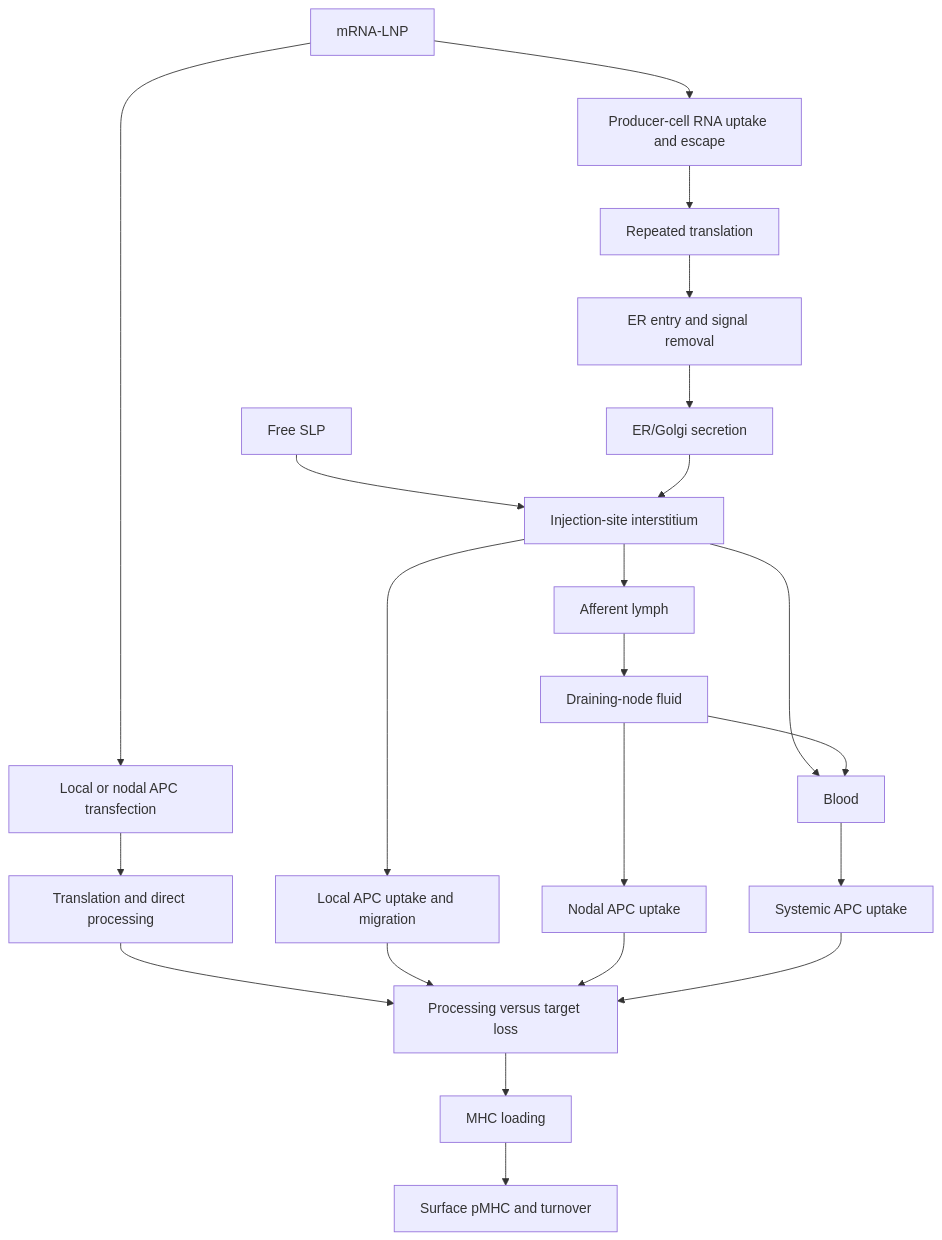
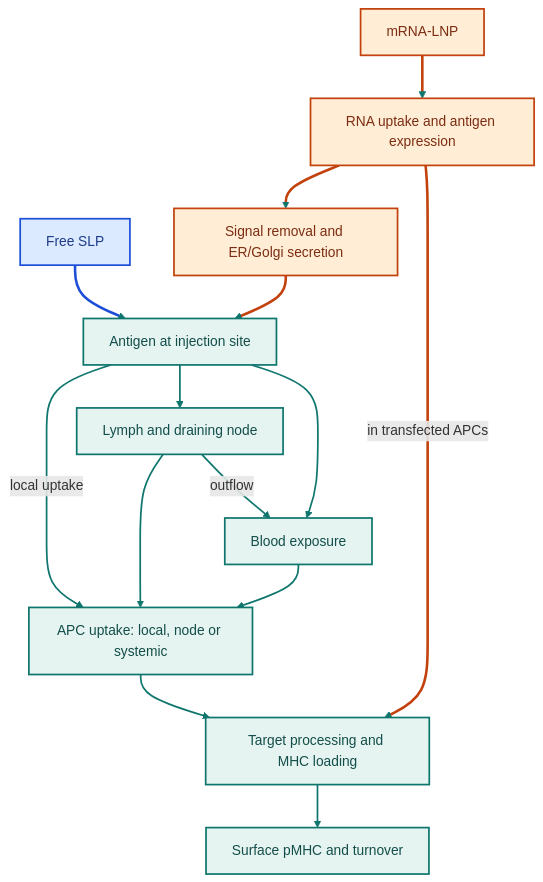
The diagram in docs/vaccine-trajectory.md (openvax/mhctools), drawn with Mermaid before and after one commit. The commit also changed other lines of this file and 1 other file, not shown here.

Commit message:
Simplify vaccine route diagram and explain kinetic model units

````diff
--- a/docs/vaccine-trajectory.md
+++ b/docs/vaccine-trajectory.md
@@ -12,24 +16,26 @@
 ```mermaid
 flowchart TD
-  SLP[Free SLP] --> IS[Injection-site interstitium]
-  RNA[mRNA-LNP] --> PROD[Producer-cell RNA uptake and escape]
-  PROD --> PROT[Repeated translation]
-  PROT --> ER[ER entry and signal removal]
-  ER --> SEC[ER/Golgi secretion]
-  SEC --> IS
-  RNA --> APC[Local or nodal APC transfection]
-  APC --> DIRECT[Translation and direct processing]
-  IS --> LYMPH[Afferent lymph]
-  LYMPH --> LN[Draining-node fluid]
-  IS --> BLOOD[Blood]
-  LN --> BLOOD
-  IS --> LOCAL[Local APC uptake and migration]
-  LN --> NODAL[Nodal APC uptake]
-  BLOOD --> SYSTEMIC[Systemic APC uptake]
-  DIRECT --> PROCESS[Processing versus target loss]
-  LOCAL --> PROCESS
-  NODAL --> PROCESS
-  SYSTEMIC --> PROCESS
-  PROCESS --> LOAD[MHC loading]
-  LOAD --> SURFACE[Surface pMHC and turnover]
+  SLP[Free SLP] --> SITE[Antigen at injection site]
+  RNA[mRNA-LNP] --> EXP[RNA uptake and antigen expression]
+  EXP --> SEC[Signal removal and ER/Golgi secretion]
+  SEC --> SITE
+  EXP -->|in transfected APCs| PROCESS[Target processing and MHC loading]
+  SITE -->|local uptake| APC[APC uptake: local, node or systemic]
+  SITE --> LYMPH[Lymph and draining node]
+  SITE --> BLOOD[Blood exposure]
+  LYMPH --> APC
+  LYMPH -->|outflow| BLOOD
+  BLOOD --> APC
+  APC --> PROCESS
+  PROCESS --> SURFACE[Surface pMHC and turnover]
+
+  classDef slp fill:#DBEAFE,stroke:#1D4ED8,color:#1E3A8A,stroke-width:2px;
+  classDef mrna fill:#FFEDD5,stroke:#C2410C,color:#7C2D12,stroke-width:2px;
+  classDef shared fill:#E6F4F1,stroke:#0F766E,color:#134E4A,stroke-width:2px;
+  class SLP slp;
+  class RNA,EXP,SEC mrna;
+  class SITE,LYMPH,BLOOD,APC,PROCESS,SURFACE shared;
+  linkStyle default stroke:#0F766E,stroke-width:2px;
+  linkStyle 0 stroke:#1D4ED8,stroke-width:3px;
+  linkStyle 1,2,3,4 stroke:#C2410C,stroke-width:3px;
 ```
````
